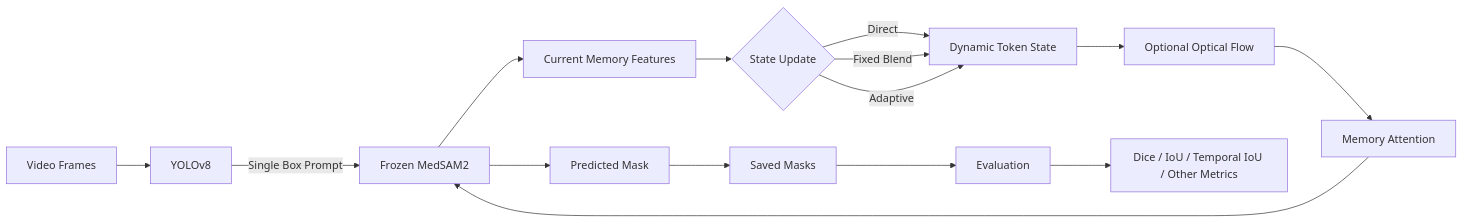
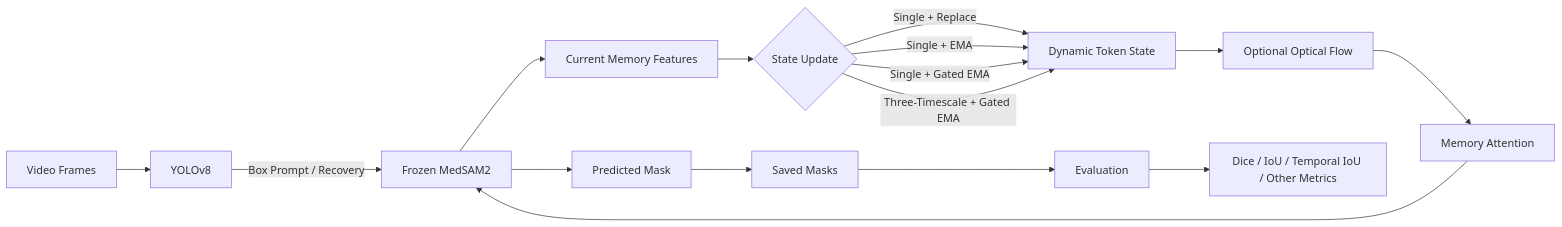
Before and after one commit to aCoderChild/AdeSEG: the diagram in README.md, drawn with Mermaid. The commit also changed other lines of this file and 4 other files, not shown here.

````diff
--- a/README.md
+++ b/README.md
@@ -15,21 +15,22 @@
 ```mermaid
 flowchart LR
     A[Video Frames] --> B[YOLOv8]
-    B -->|Single Box Prompt| C[Frozen MedSAM2]
+    B -->|Box Prompt / Recovery| C[Frozen MedSAM2]
 
     C --> D[Predicted Mask]
     C --> E[Current Memory Features]
 
     E --> F{State Update}
-    F -->|Direct| G[Dynamic Token State]
-    F -->|Fixed Blend| G
-    F -->|Adaptive| G
+    F -->|Single + Replace| G[Dynamic Token State]
+    F -->|Single + EMA| G
+    F -->|Single + Gated EMA| G
+    F -->|Three-Timescale + Gated EMA| G
 
     G --> H[Optional Optical Flow]
     H --> I[Memory Attention]
     I --> C
 
     D --> J[Saved Masks]
     J --> K[Evaluation]
     K --> L[Dice / IoU / Temporal IoU / Other Metrics]
 ```
````
